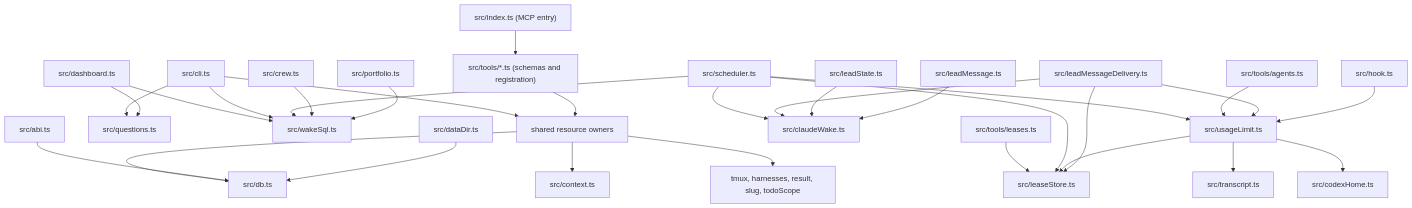
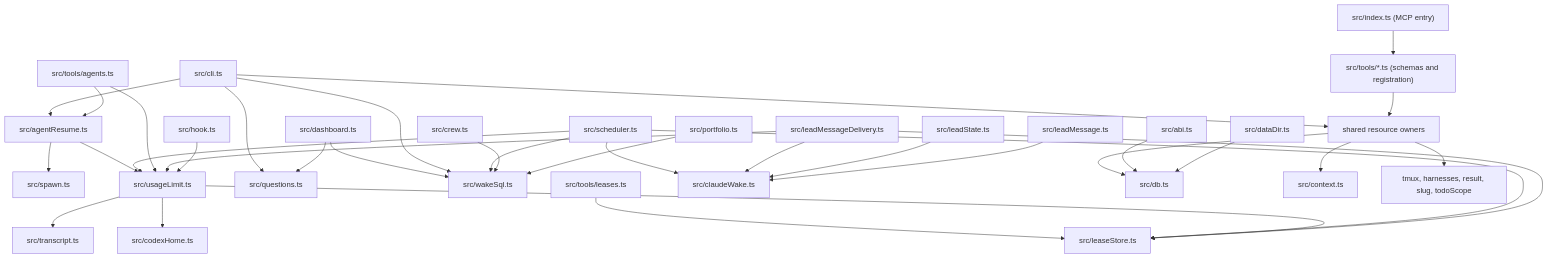
The second of 8 diagrams in docs/architecture.md (cmgmyr/hive), drawn with Mermaid before and after one commit. The commit also changed other lines of this file and 12 other files, not shown here.

````diff
--- a/docs/architecture.md
+++ b/docs/architecture.md
@@ -50,32 +52,36 @@
 ```mermaid
 flowchart TB
     index["src/index.ts (MCP entry)"] --> registrations["src/tools/*.ts (schemas and registration)"]
     cli["src/cli.ts"] --> owners["shared resource owners"]
+    cli --> agentResume["src/agentResume.ts"]
+    agents["src/tools/agents.ts"] --> agentResume
+    agentResume --> spawn["src/spawn.ts"]
+    agentResume --> usageLimit["src/usageLimit.ts"]
     registrations --> owners
     cli --> questions["src/questions.ts"]
     dashboard["src/dashboard.ts"] --> questions
     dashboard --> wakeSql["src/wakeSql.ts"]
     cli --> wakeSql
     scheduler["src/scheduler.ts"] --> wakeSql
     leaseTool["src/tools/leases.ts"] --> leaseStore["src/leaseStore.ts"]
     scheduler --> leaseStore
     scheduler --> usageLimit["src/usageLimit.ts"]
     agents["src/tools/agents.ts"] --> usageLimit
     messageDelivery["src/leadMessageDelivery.ts"] --> usageLimit
     hook["src/hook.ts"] --> usageLimit
     usageLimit --> transcript["src/transcript.ts"]
     usageLimit --> codexHome["src/codexHome.ts"]
     usageLimit --> leaseStore
     scheduler --> claudeWake["src/claudeWake.ts"]
     messageDelivery["src/leadMessageDelivery.ts"] --> leaseStore
     messageDelivery --> claudeWake
     leadState["src/leadState.ts"] --> claudeWake
     leadMessage["src/leadMessage.ts"] --> claudeWake
     crew["src/crew.ts"] --> wakeSql
     portfolio["src/portfolio.ts"] --> wakeSql
     owners --> db["src/db.ts"]
     owners --> context["src/context.ts"]
     owners --> leaves["tmux, harnesses, result, slug, todoScope"]
     abi["src/abi.ts"] --> db
     dataDir["src/dataDir.ts"] --> db
 ```
````
